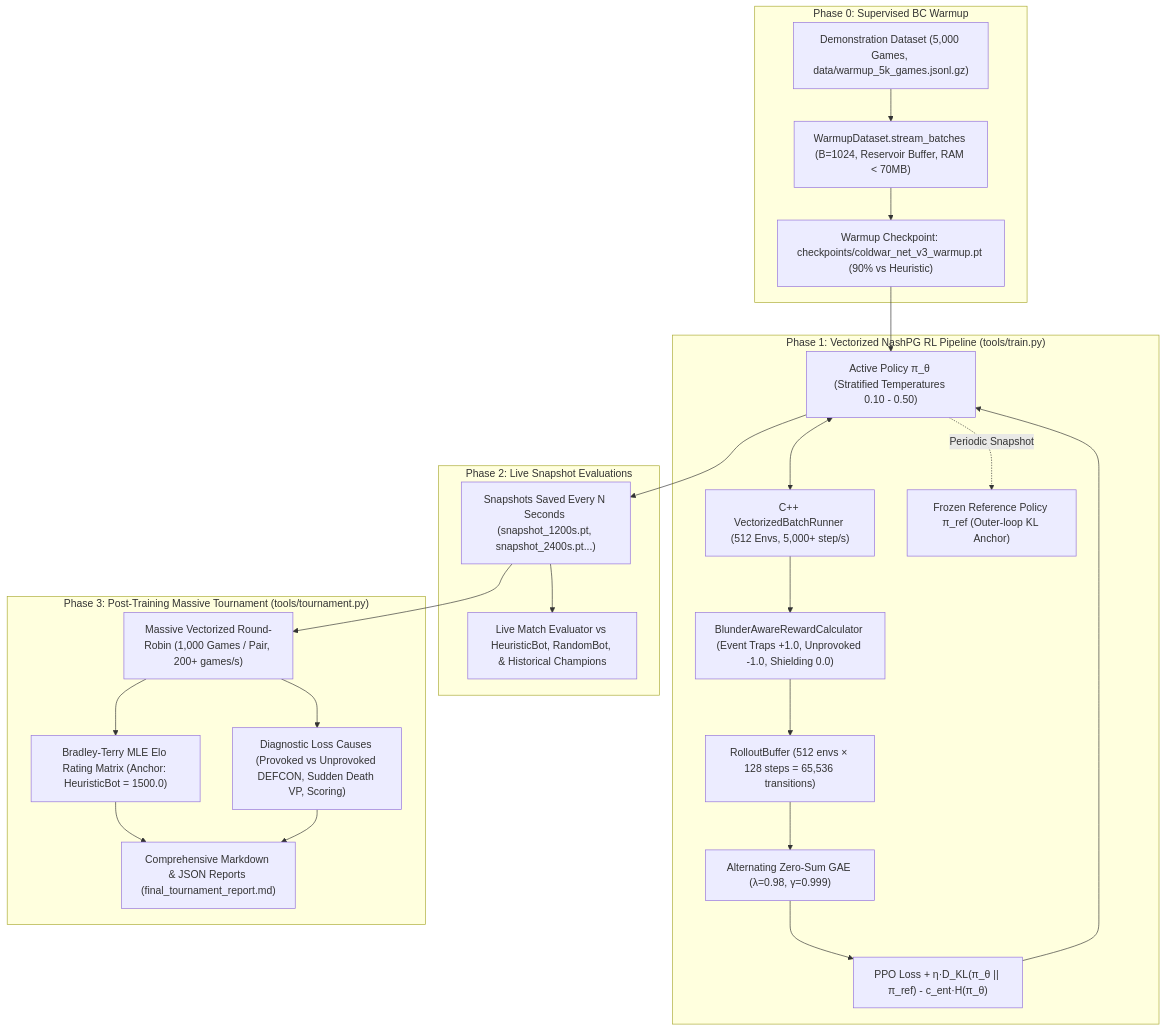
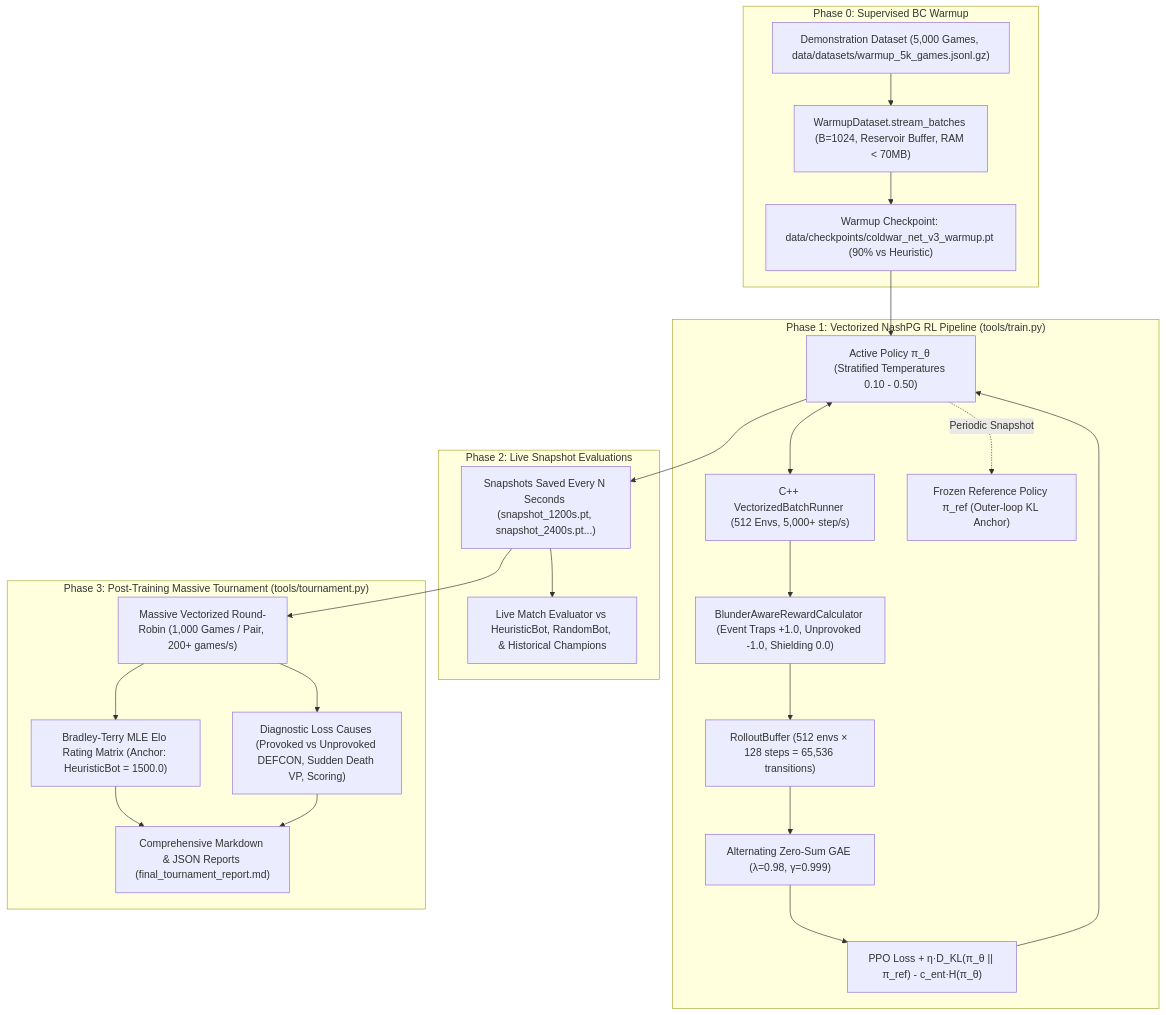
One commit to mihaild/DeepStruggle changed the second of 2 diagrams in AGENTS.md. Above: the diagram before and after it, drawn with Mermaid. The commit also changed other lines of this file and 83 other files, not shown here.

First line of the commit message:
Refactor repository structure and architecture

````diff
--- a/AGENTS.md
+++ b/AGENTS.md
@@ -168,41 +217,41 @@
 ```mermaid
 graph TD
     subgraph Phase0 ["Phase 0: Supervised BC Warmup"]
-        Demonstrations["Demonstration Dataset (5,000 Games, data/warmup_5k_games.jsonl.gz)"]
+        Demonstrations["Demonstration Dataset (5,000 Games, data/datasets/warmup_5k_games.jsonl.gz)"]
         Streamer["WarmupDataset.stream_batches (B=1024, Reservoir Buffer, RAM < 70MB)"]
-        WarmupModel["Warmup Checkpoint: checkpoints/coldwar_net_v3_warmup.pt (90% vs Heuristic)"]
+        WarmupModel["Warmup Checkpoint: data/checkpoints/coldwar_net_v3_warmup.pt (90% vs Heuristic)"]
         Demonstrations --> Streamer --> WarmupModel
     end
 
     subgraph Phase1 ["Phase 1: Vectorized NashPG RL Pipeline (tools/train.py)"]
         VecEnv["C++ VectorizedBatchRunner (512 Envs, 5,000+ step/s)"]
         ActiveNet["Active Policy π_θ (Stratified Temperatures 0.10 - 0.50)"]
         RefNet["Frozen Reference Policy π_ref (Outer-loop KL Anchor)"]
         Rollout["RolloutBuffer (512 envs × 128 steps = 65,536 transitions)"]
         BlunderCalc["BlunderAwareRewardCalculator (Event Traps +1.0, Unprovoked -1.0, Shielding 0.0)"]
         GAE["Alternating Zero-Sum GAE (λ=0.98, γ=0.999)"]
         NashLoss["PPO Loss + η·D_KL(π_θ || π_ref) - c_ent·H(π_θ)"]
 
         WarmupModel --> ActiveNet
         ActiveNet <--> VecEnv
         VecEnv --> BlunderCalc --> Rollout --> GAE --> NashLoss --> ActiveNet
         ActiveNet -.->|Periodic Snapshot| RefNet
     end
 
     subgraph Phase2 ["Phase 2: Live Snapshot Evaluations"]
         Snapshots["Snapshots Saved Every N Seconds (snapshot_1200s.pt, snapshot_2400s.pt...)"]
         LiveEval["Live Match Evaluator vs HeuristicBot, RandomBot, & Historical Champions"]
         ActiveNet --> Snapshots --> LiveEval
     end
 
     subgraph Phase3 ["Phase 3: Post-Training Massive Tournament (tools/tournament.py)"]
         RoundRobin["Massive Vectorized Round-Robin (1,000 Games / Pair, 200+ games/s)"]
         EloCalc["Bradley-Terry MLE Elo Rating Matrix (Anchor: HeuristicBot = 1500.0)"]
         Causes["Diagnostic Loss Causes (Provoked vs Unprovoked DEFCON, Sudden Death VP, Scoring)"]
         Reports["Comprehensive Markdown & JSON Reports (final_tournament_report.md)"]
 
         Snapshots --> RoundRobin
         RoundRobin --> EloCalc --> Reports
         RoundRobin --> Causes --> Reports
     end
 ```
````
